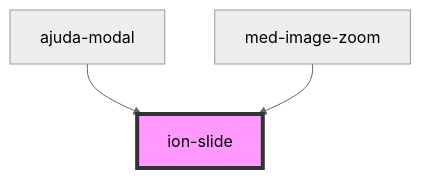
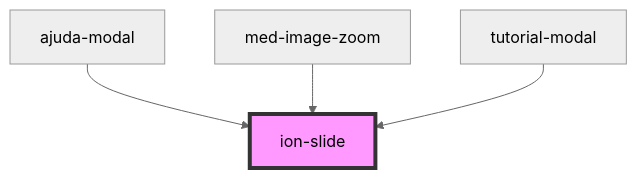
One commit to MEDGRUPOGIT/ionic-framework-1 changed the diagram in core/src/components/slide/readme.md. Above: the diagram before and after it, drawn with Mermaid (neutral theme). The commit also changed other lines of this file and 48 other files, not shown here.

````diff
--- a/core/src/components/slide/readme.md
+++ b/core/src/components/slide/readme.md
@@ -21,6 +22,7 @@
 ```mermaid
 graph TD;
   ajuda-modal --> ion-slide
   med-image-zoom --> ion-slide
+  tutorial-modal --> ion-slide
   style ion-slide fill:#f9f,stroke:#333,stroke-width:4px
 ```
````
